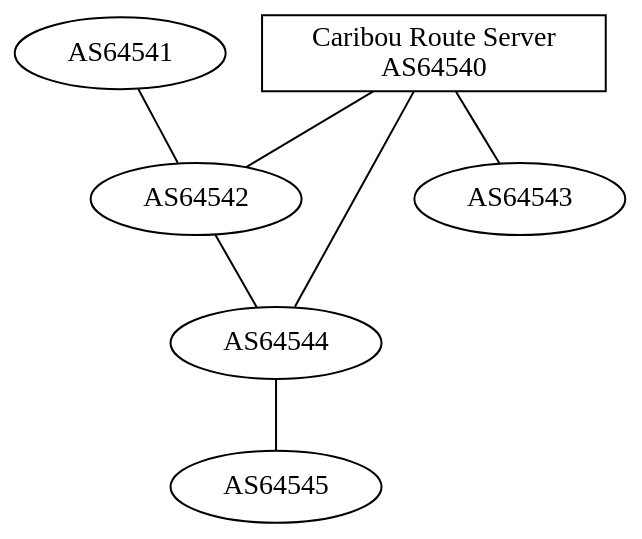
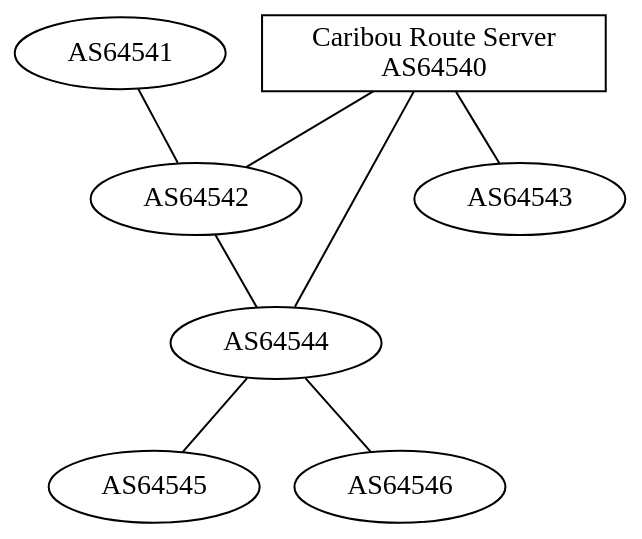
One commit to GLaNET/resources changed the diagram in as-graph.dot. Above: the diagram before and after it, drawn with Graphviz.

Commit message:
adding AS64546

```diff
--- a/as-graph.dot
+++ b/as-graph.dot
@@ -1,16 +1,16 @@
 graph GLaNET
 {
         edge [len=2];
         graph [bgcolor=transparent]
 
         AS64540 [shape=box];
         AS64540 [label="Caribou Route Server\nAS64540"];
-
-        AS64542 -- AS64544; // [label="1"];
-#        AS64542 -- AS64544;
-        AS64541 -- AS64542;
         AS64540 -- AS64542;
         AS64540 -- AS64544;
         AS64540 -- AS64543;
+
+        AS64542 -- AS64544; // [label="1"];
+        AS64541 -- AS64542;
         AS64544 -- AS64545;
+        AS64544 -- AS64546;
 }
```
